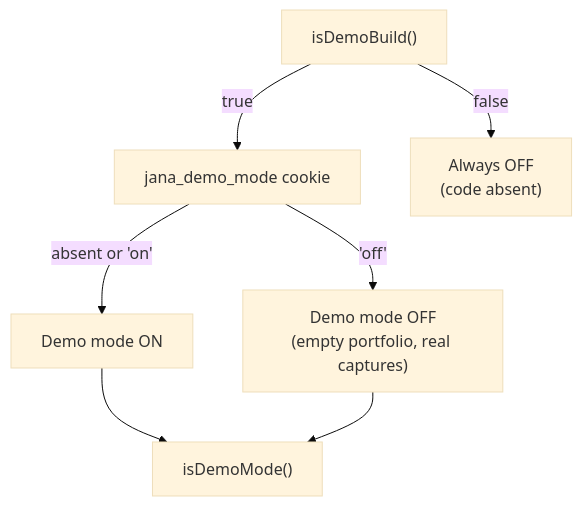
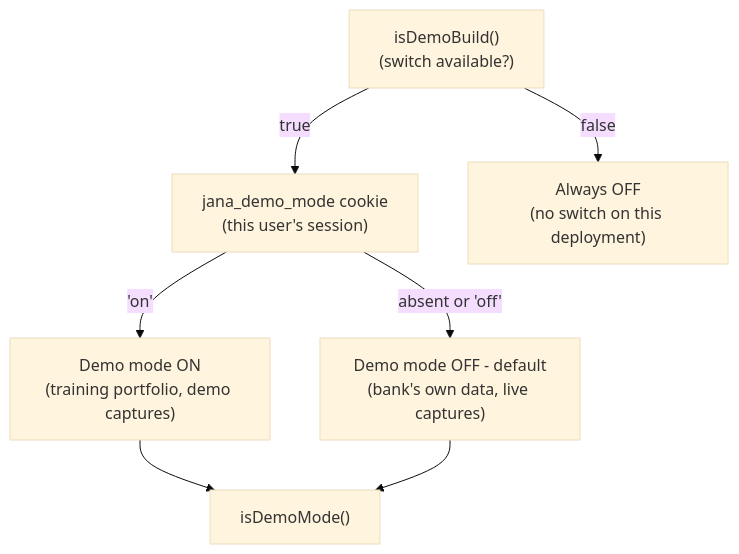
The fourth of 12 diagrams in docs/ARCHITECTURE.md (Jana-Earth-Data/jana-bfi-app), drawn with Mermaid (base theme) before and after one commit. The commit also changed other lines of this file and 42 other files, not shown here.

````diff
--- a/docs/ARCHITECTURE.md
+++ b/docs/ARCHITECTURE.md
@@ -185,14 +202,14 @@
 ```mermaid
 graph TD
-    Build["isDemoBuild()"]
-    Cookie["jana_demo_mode cookie"]
+    Build["isDemoBuild()<br/>(switch available?)"]
+    Cookie["jana_demo_mode cookie<br/>(this user's session)"]
     Mode["isDemoMode()"]
 
-    Build -->|false| Off["Always OFF<br/>(code absent)"]
+    Build -->|false| Off["Always OFF<br/>(no switch on this deployment)"]
     Build -->|true| Cookie
-    Cookie -->|absent or 'on'| On["Demo mode ON"]
-    Cookie -->|'off'| Training["Demo mode OFF<br/>(empty portfolio, real captures)"]
+    Cookie -->|"'on'"| On["Demo mode ON<br/>(training portfolio, demo captures)"]
+    Cookie -->|"absent or 'off'"| Prod["Demo mode OFF - default<br/>(bank's own data, live captures)"]
 
     On --> Mode
-    Training --> Mode
+    Prod --> Mode
 ```
````
